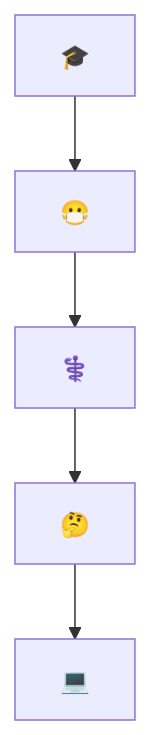
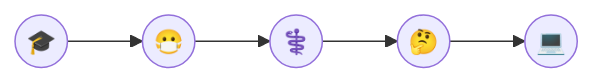
Before and after one commit to JhalexR/learning-journey: the third of 6 diagrams in Knowledge Base/2 Articulos e investigaciones/3. Hospitalización y Software.md, drawn with Mermaid. The commit also changed other lines of this file, not shown here.

````diff
--- a/Knowledge Base/2 Articulos e investigaciones/3. Hospitalización y Software.md
+++ b/Knowledge Base/2 Articulos e investigaciones/3. Hospitalización y Software.md
@@ -91,18 +86,14 @@
 ```mermaid
-flowchart 
+flowchart LR
 
-Studio["🎓"]
-
-Salud["😷"]
-
-Medicina["⚕️"]
-
-Pensando["🤔"]
-
-System["💻"]
+Studio(("🎓"))
+Salud(("😷"))
+Medicina(("⚕️"))
+Pensando(("🤔"))
+System(("💻"))
 
 Studio --> Salud
 Salud --> Medicina
 Medicina --> Pensando
 Pensando --> System
 ```
````
